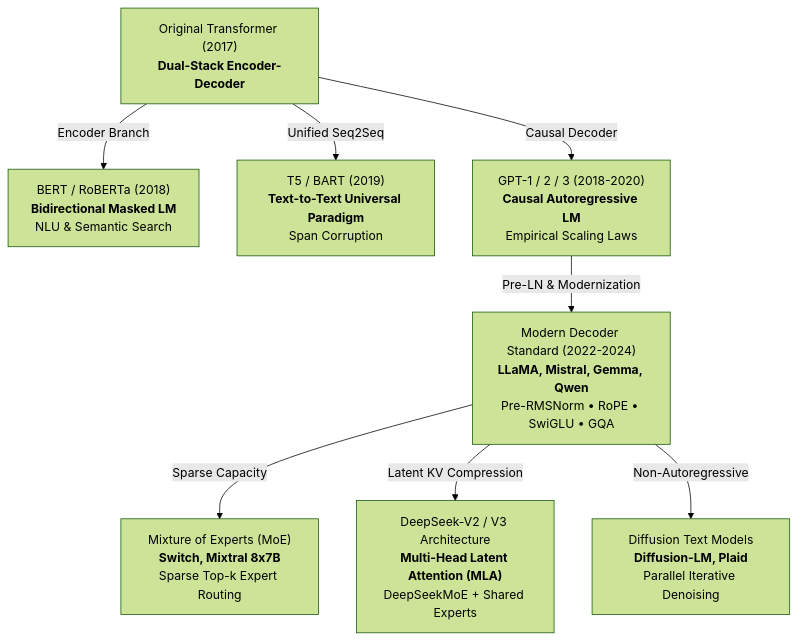
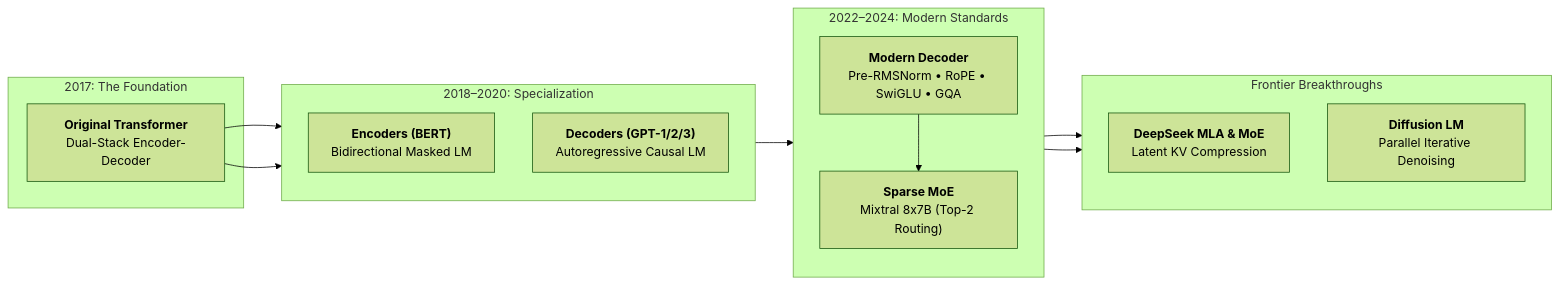
Before and after one commit to shotsan/llmnerd: the first of 3 diagrams in content/foundations/model_architecture.md, drawn with Mermaid (forest theme). The commit also changed other lines of this file and 5 other files, not shown here.

````diff
--- a/content/foundations/model_architecture.md
+++ b/content/foundations/model_architecture.md
@@ -19,14 +19,31 @@
 ```mermaid
-flowchart TD
-    Trans["Original Transformer (2017)<br/><b>Dual-Stack Encoder-Decoder</b>"]
-    
-    Trans -->|"Encoder Branch"| BERT["BERT / RoBERTa (2018)<br/><b>Bidirectional Masked LM</b><br/>NLU & Semantic Search"]
-    Trans -->|"Unified Seq2Seq"| T5["T5 / BART (2019)<br/><b>Text-to-Text Universal Paradigm</b><br/>Span Corruption"]
-    Trans -->|"Causal Decoder"| GPT["GPT-1 / 2 / 3 (2018-2020)<br/><b>Causal Autoregressive LM</b><br/>Empirical Scaling Laws"]
+flowchart LR
+    subgraph Era1["2017: The Foundation"]
+        Trans["<b>Original Transformer</b><br/>Dual-Stack Encoder-Decoder"]
+    end
 
-    GPT -->|"Pre-LN & Modernization"| Modern["Modern Decoder Standard (2022-2024)<br/><b>LLaMA, Mistral, Gemma, Qwen</b><br/>Pre-RMSNorm • RoPE • SwiGLU • GQA"]
+    subgraph Era2["2018–2020: Specialization"]
+        direction TB
+        BERT["<b>Encoders (BERT)</b><br/>Bidirectional Masked LM"]
+        GPT["<b>Decoders (GPT-1/2/3)</b><br/>Autoregressive Causal LM"]
+    end
 
-    Modern -->|"Sparse Capacity"| MoE["Mixture of Experts (MoE)<br/><b>Switch, Mixtral 8x7B</b><br/>Sparse Top-k Expert Routing"]
-    Modern -->|"Latent KV Compression"| DeepSeek["DeepSeek-V2 / V3 Architecture<br/><b>Multi-Head Latent Attention (MLA)</b><br/>DeepSeekMoE + Shared Experts"]
-    Modern -->|"Non-Autoregressive"| Diffusion["Diffusion Text Models<br/><b>Diffusion-LM, Plaid</b><br/>Parallel Iterative Denoising"]
+    subgraph Era3["2022–2024: Modern Standards"]
+        direction TB
+        Llama["<b>Modern Decoder</b><br/>Pre-RMSNorm • RoPE • SwiGLU • GQA"]
+        MoE["<b>Sparse MoE</b><br/>Mixtral 8x7B (Top-2 Routing)"]
+    end
+
+    subgraph Era4["Frontier Breakthroughs"]
+        direction TB
+        MLA["<b>DeepSeek MLA & MoE</b><br/>Latent KV Compression"]
+        Diff["<b>Diffusion LM</b><br/>Parallel Iterative Denoising"]
+    end
+
+    Trans --> BERT
+    Trans --> GPT
+    GPT --> Llama
+    Llama --> MoE
+    Llama --> MLA
+    Llama --> Diff
 ```
````
